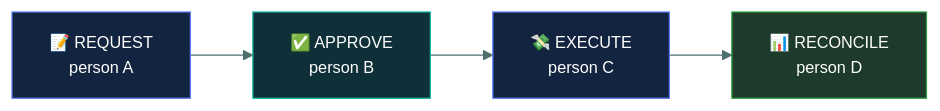
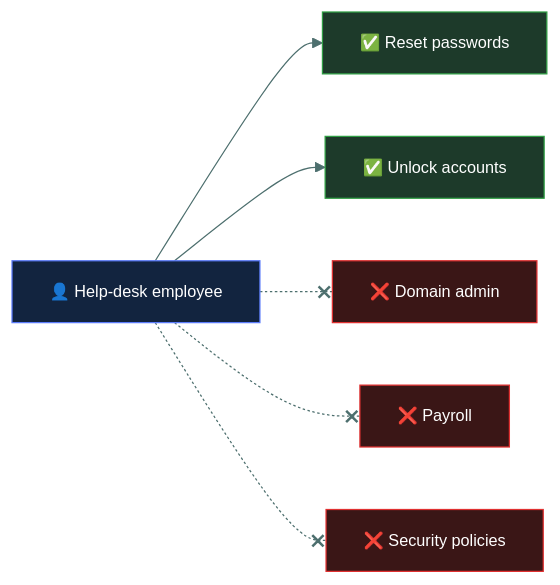
The second of 4 diagrams in 03-access-control/least-privilege-and-sod/README.md (tarunTejaDesireddy/cc-exam-prep), drawn with Mermaid before and after one commit. The commit also changed other lines of this file, not shown here.

Commit message:
Replace least privilege / need-to-know / SoD with caveman-style version, diagrams and questions

````diff
--- a/03-access-control/least-privilege-and-sod/README.md
+++ b/03-access-control/least-privilege-and-sod/README.md
@@ -131,12 +83,16 @@
 ```mermaid
 %%{init: {'theme':'base','themeVariables':{'fontSize':'13px','lineColor':'#4d6f6e','textColor':'#dbe7e6'}}}%%
 flowchart LR
-    R["📝 REQUEST<br/>person A"] --> AP["✅ APPROVE<br/>person B"]
-    AP --> EX["💸 EXECUTE<br/>person C"]
-    EX --> RC["📊 RECONCILE<br/>person D"]
+    H["👤 Help-desk employee"] --> Y1["✅ Reset passwords"]
+    H --> Y2["✅ Unlock accounts"]
+    H -.-x N1["❌ Domain admin"]
+    H -.-x N2["❌ Payroll"]
+    H -.-x N3["❌ Security policies"]
 
-    style R fill:#12243f,stroke:#5C7CFA,color:#fff
-    style AP fill:#0f3038,stroke:#12B5A5,color:#fff
-    style EX fill:#12243f,stroke:#5C7CFA,color:#fff
-    style RC fill:#1d3a2a,stroke:#2F9E44,color:#fff
+    style H fill:#12243f,stroke:#5C7CFA,color:#fff
+    style Y1 fill:#1d3a2a,stroke:#2F9E44,color:#fff
+    style Y2 fill:#1d3a2a,stroke:#2F9E44,color:#fff
+    style N1 fill:#3a1616,stroke:#E03131,color:#fff
+    style N2 fill:#3a1616,stroke:#E03131,color:#fff
+    style N3 fill:#3a1616,stroke:#E03131,color:#fff
 ```
````
